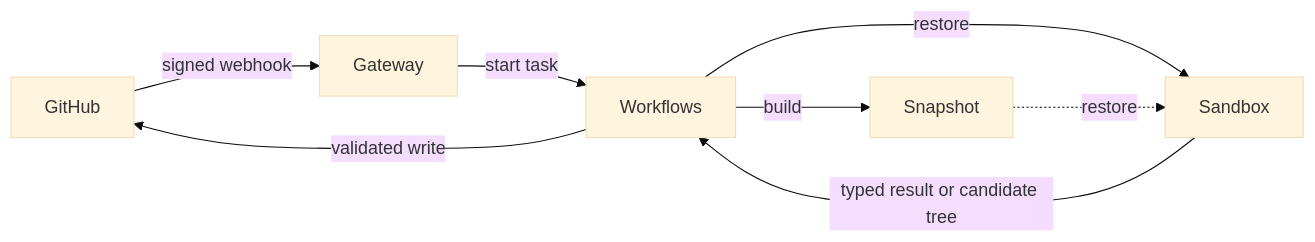
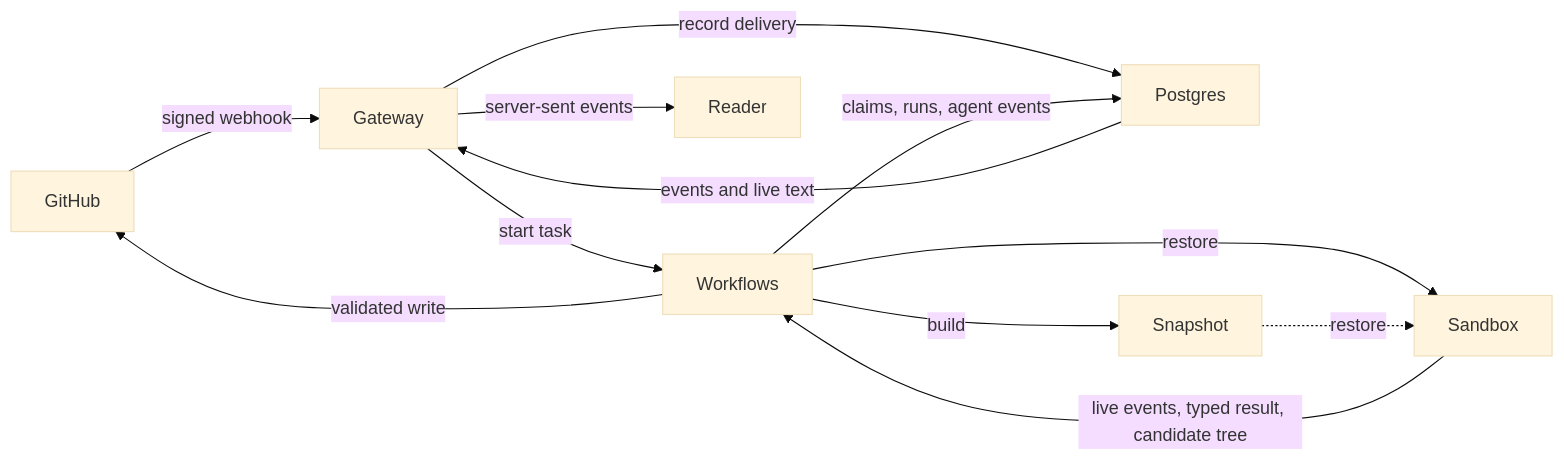
Before and after one commit to render-examples/software-factory: the diagram in docs/architecture.md, drawn with Mermaid (base theme). The commit also changed other lines of this file and 2 other files, not shown here.

Commit message:
Describe the factory as it is: event log, live streams, and Pi in the Sandbox

````diff
--- a/docs/architecture.md
+++ b/docs/architecture.md
@@ -9,10 +10,14 @@
 ```mermaid
 flowchart LR
   GitHub -->|signed webhook| Gateway
+  Gateway -->|record delivery| Postgres
   Gateway -->|start task| Workflows
+  Workflows -->|claims, runs, agent events| Postgres
   Workflows -->|restore| Sandbox
-  Sandbox -->|typed result or candidate tree| Workflows
+  Sandbox -->|live events, typed result, candidate tree| Workflows
   Workflows -->|validated write| GitHub
   Workflows -->|build| Snapshot
   Snapshot -.->|restore| Sandbox
+  Postgres -->|events and live text| Gateway
+  Gateway -->|server-sent events| Reader
 ```
````
